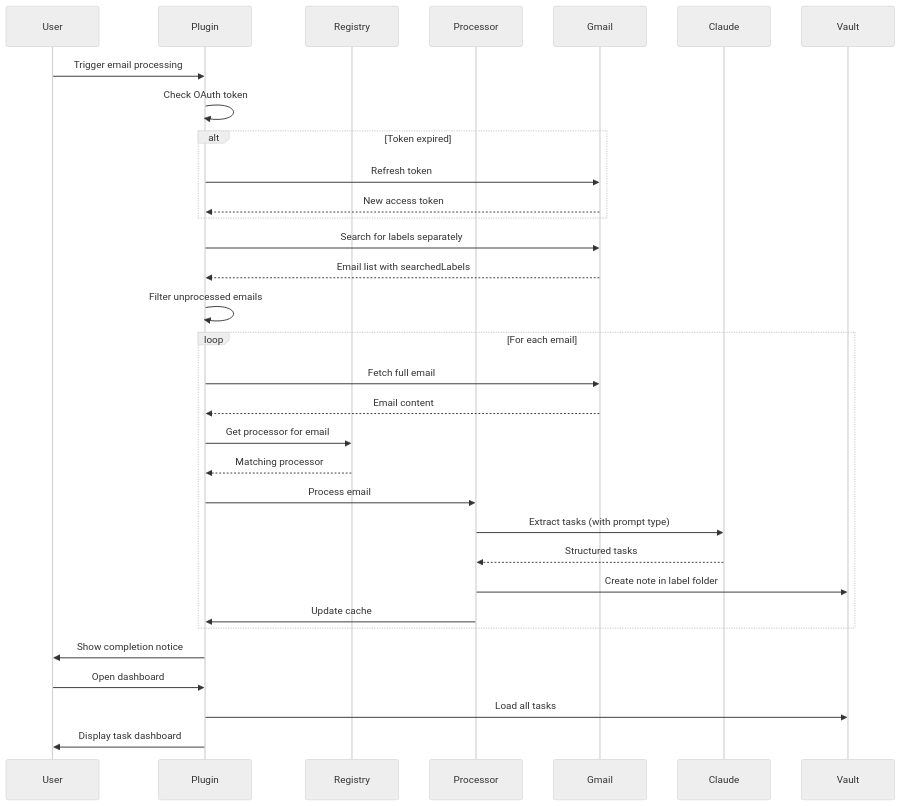
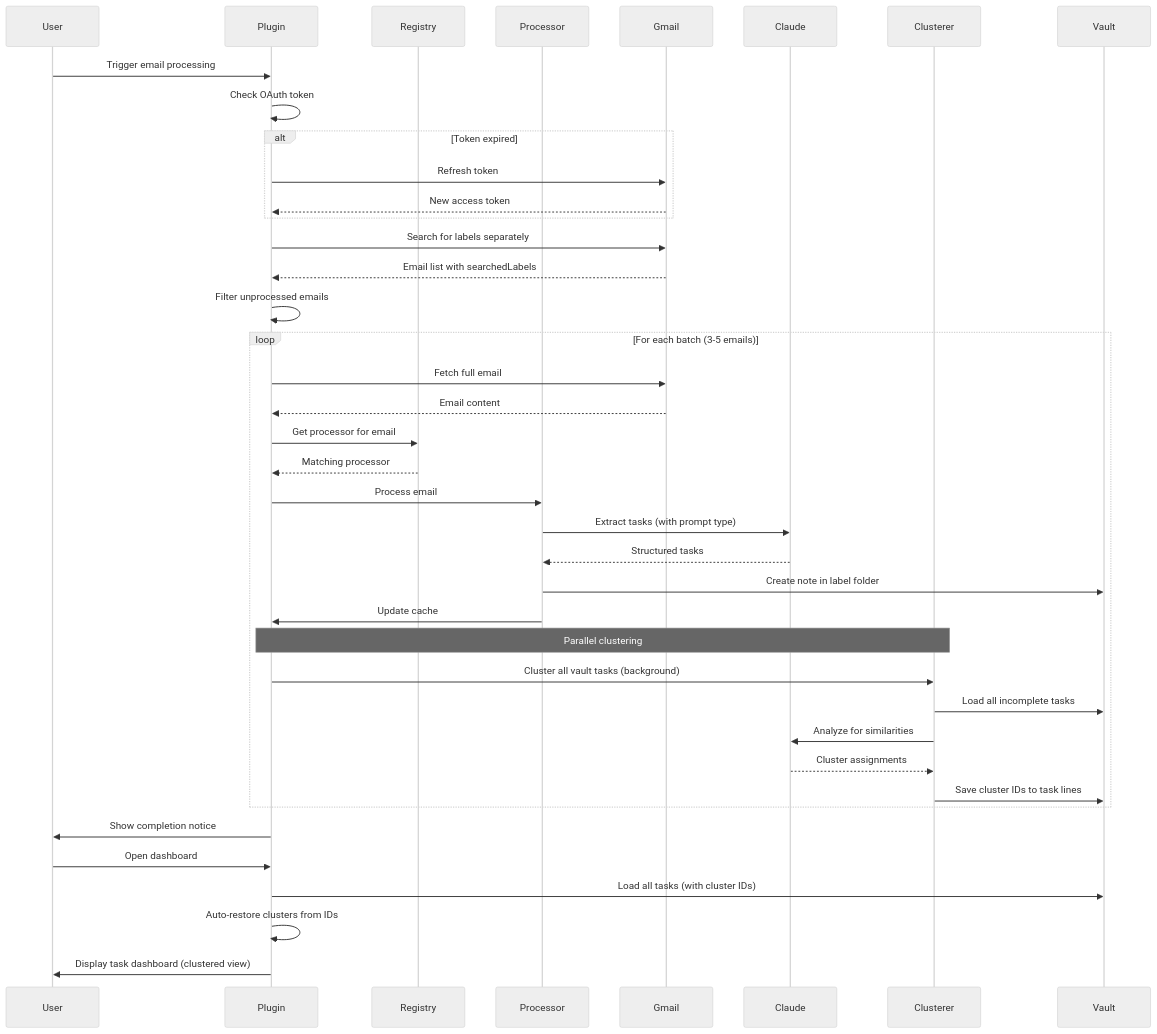
Before and after one commit to jimallen/TasksAgent: the third of 9 diagrams in docs/system-architecture.md, drawn with Mermaid (neutral theme). The commit also changed other lines of this file and 8 other files, not shown here.

First line of the commit message:
feat: add AI-powered task clustering with persistent storage

````diff
--- a/docs/system-architecture.md
+++ b/docs/system-architecture.md
@@ -169,44 +198,53 @@
 ```mermaid
 sequenceDiagram
     participant User
     participant Plugin
     participant Registry
     participant Processor
     participant Gmail
     participant Claude
+    participant Clusterer
     participant Vault
 
     User->>Plugin: Trigger email processing
     Plugin->>Plugin: Check OAuth token
 
     alt Token expired
         Plugin->>Gmail: Refresh token
         Gmail-->>Plugin: New access token
     end
 
     Plugin->>Gmail: Search for labels separately
     Gmail-->>Plugin: Email list with searchedLabels
 
     Plugin->>Plugin: Filter unprocessed emails
 
-    loop For each email
+    loop For each batch (3-5 emails)
         Plugin->>Gmail: Fetch full email
         Gmail-->>Plugin: Email content
 
         Plugin->>Registry: Get processor for email
         Registry-->>Plugin: Matching processor
 
         Plugin->>Processor: Process email
         Processor->>Claude: Extract tasks (with prompt type)
         Claude-->>Processor: Structured tasks
 
         Processor->>Vault: Create note in label folder
         Processor->>Plugin: Update cache
+
+        Note over Plugin,Clusterer: Parallel clustering
+        Plugin->>Clusterer: Cluster all vault tasks (background)
+        Clusterer->>Vault: Load all incomplete tasks
+        Clusterer->>Claude: Analyze for similarities
+        Claude-->>Clusterer: Cluster assignments
+        Clusterer->>Vault: Save cluster IDs to task lines
     end
 
     Plugin->>User: Show completion notice
 
     User->>Plugin: Open dashboard
-    Plugin->>Vault: Load all tasks
-    Plugin->>User: Display task dashboard
+    Plugin->>Vault: Load all tasks (with cluster IDs)
+    Plugin->>Plugin: Auto-restore clusters from IDs
+    Plugin->>User: Display task dashboard (clustered view)
 ```
````
